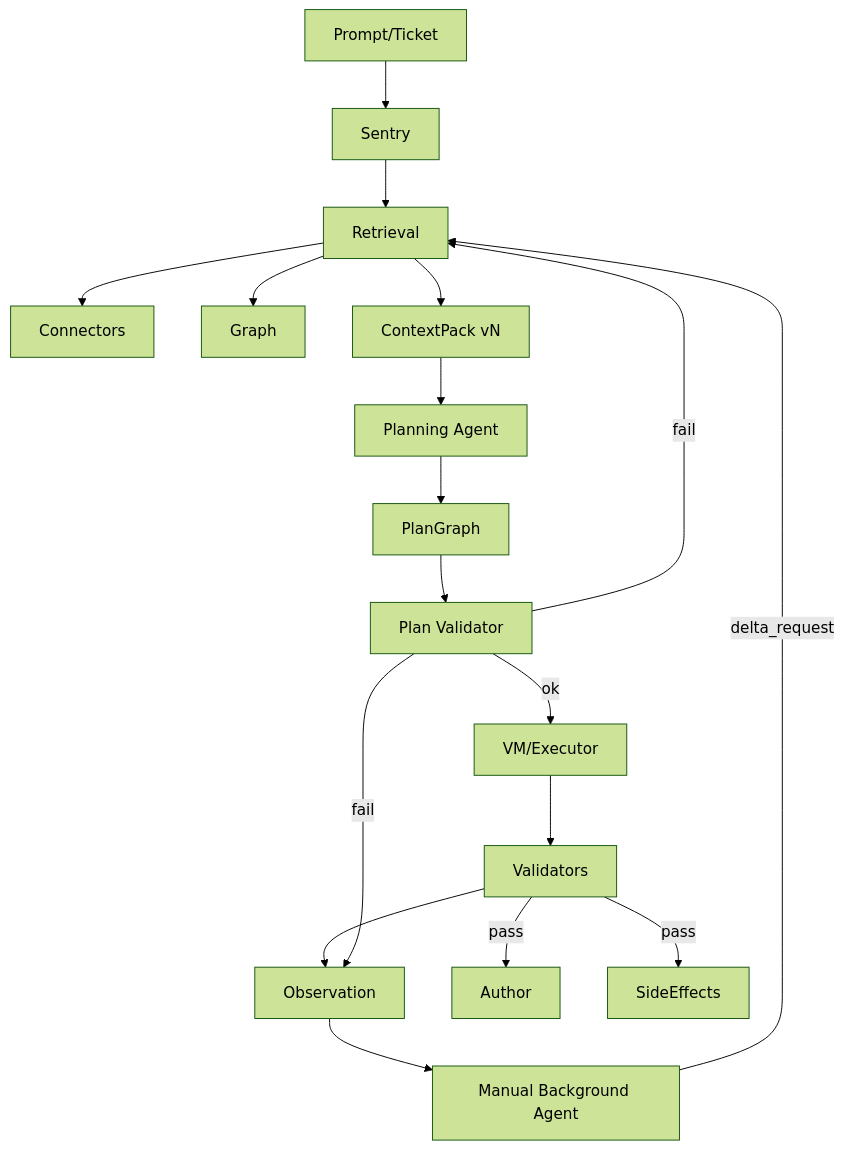
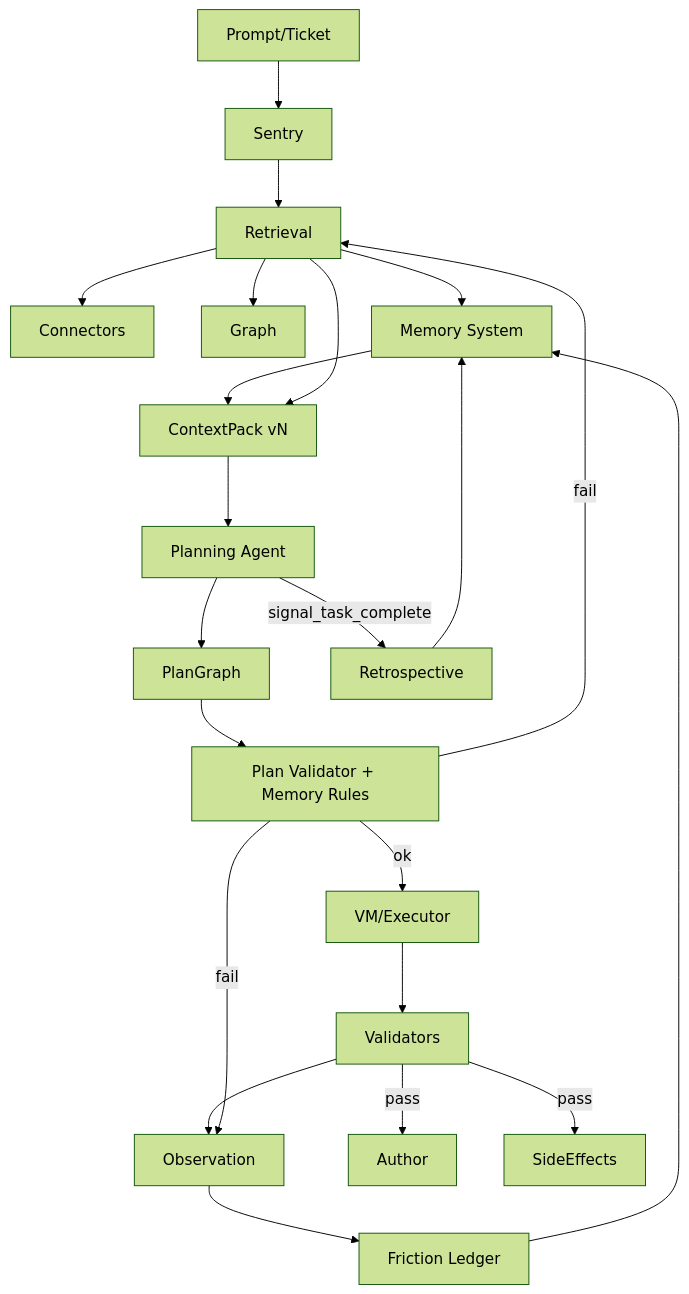
The first of 3 diagrams in specs/graph_gateway_reference_points.md (alujs/ai_dump_2), drawn with Mermaid (forest theme) before and after one commit. The commit also changed other lines of this file and 26 other files, not shown here.

````diff
--- a/specs/graph_gateway_reference_points.md
+++ b/specs/graph_gateway_reference_points.md
@@ -90,20 +98,24 @@
 ```mermaid
 flowchart TB
   U[Prompt/Ticket] --> S[Sentry]
   S --> R[Retrieval]
   R --> C[Connectors]
   R --> G[Graph]
-  R --> CP[ContextPack vN]
+  R --> M[Memory System]
+  M --> CP[ContextPack vN]
+  R --> CP
   CP --> A[Planning Agent]
   A --> PG[PlanGraph]
-  PG --> PV[Plan Validator]
+  PG --> PV[Plan Validator + Memory Rules]
   PV -->|ok| VM[VM/Executor]
   VM --> VAL[Validators]
   VAL --> O[Observation]
   VAL -->|pass| AU[Author]
   VAL -->|pass| SE[SideEffects]
   PV -->|fail| O
   PV -->|fail| R
-  O --> BG[Manual Background Agent]
-  BG -->|delta_request| R
+  O --> FL[Friction Ledger]
+  FL --> M
+  A -->|signal_task_complete| RET[Retrospective]
+  RET --> M
 ```
````
